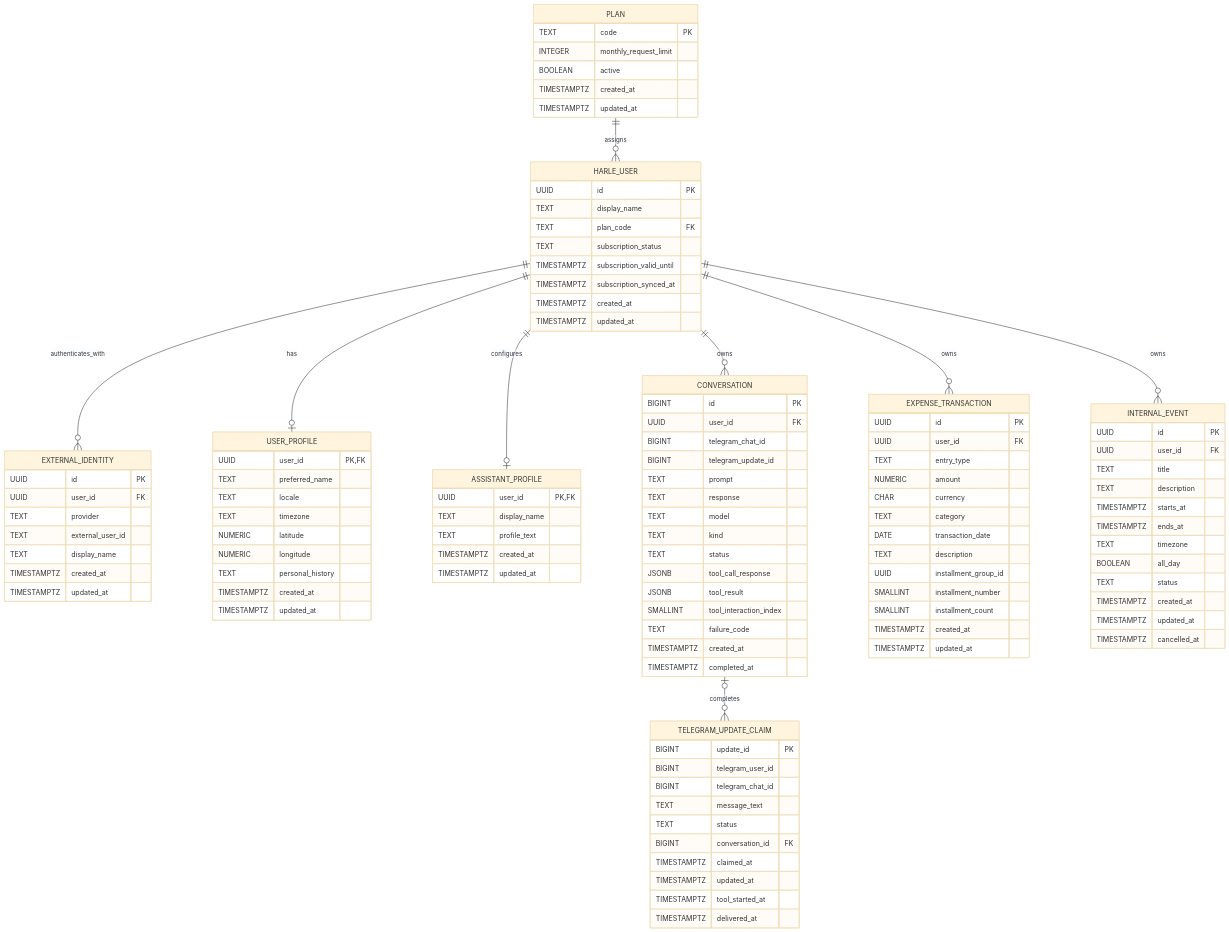
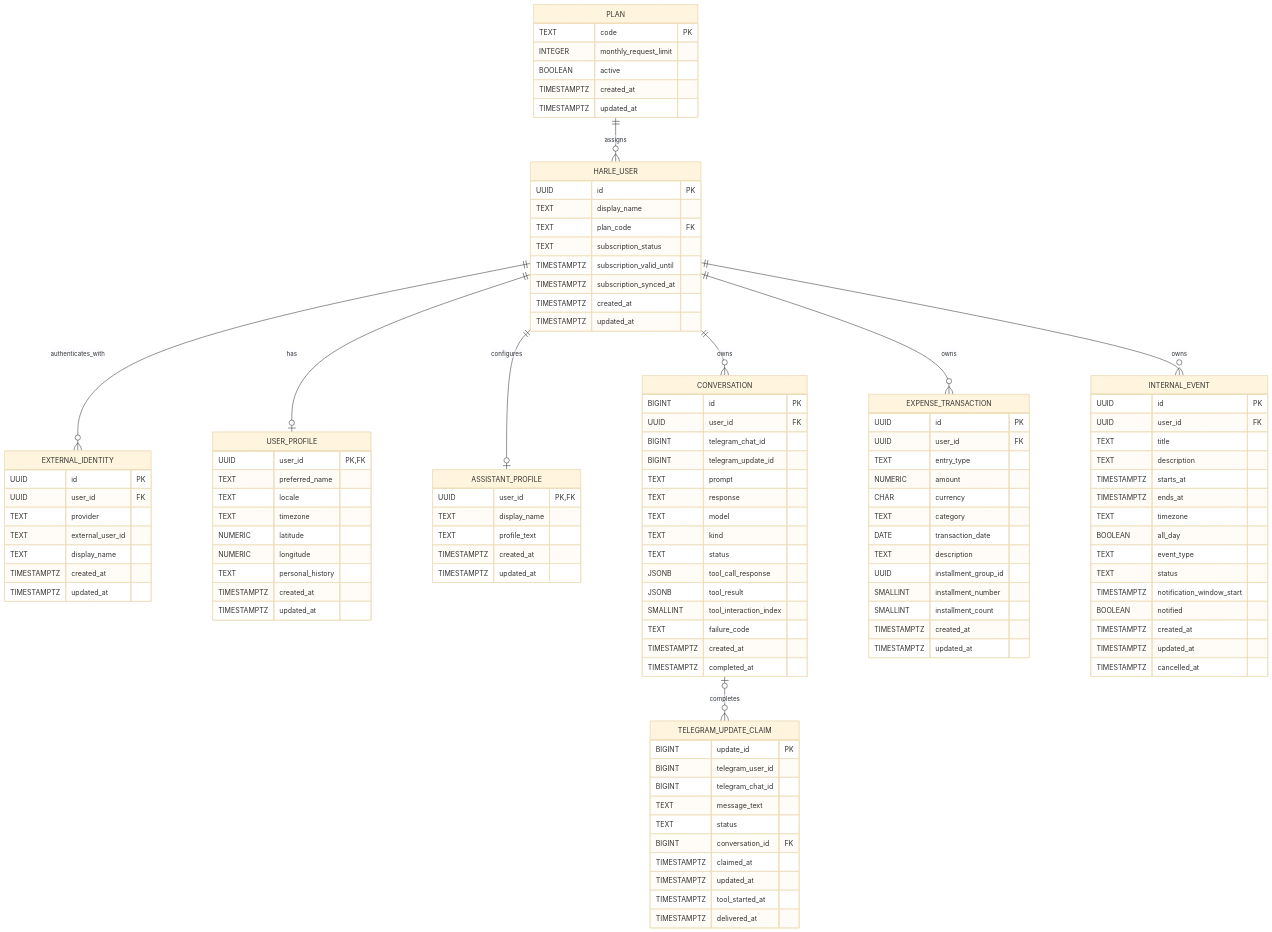
The diagram in docs/05_ERD.md (JuanJFarina/custom-gemini-cli), drawn with Mermaid (base theme) before and after one commit. The commit also changed other lines of this file and 43 other files, not shown here.

```diff
--- a/docs/05_ERD.md
+++ b/docs/05_ERD.md
@@ -120,7 +120,10 @@
         TIMESTAMPTZ ends_at
         TEXT timezone
         BOOLEAN all_day
+        TEXT event_type
         TEXT status
+        TIMESTAMPTZ notification_window_start
+        BOOLEAN notified
         TIMESTAMPTZ created_at
         TIMESTAMPTZ updated_at
         TIMESTAMPTZ cancelled_at
```
